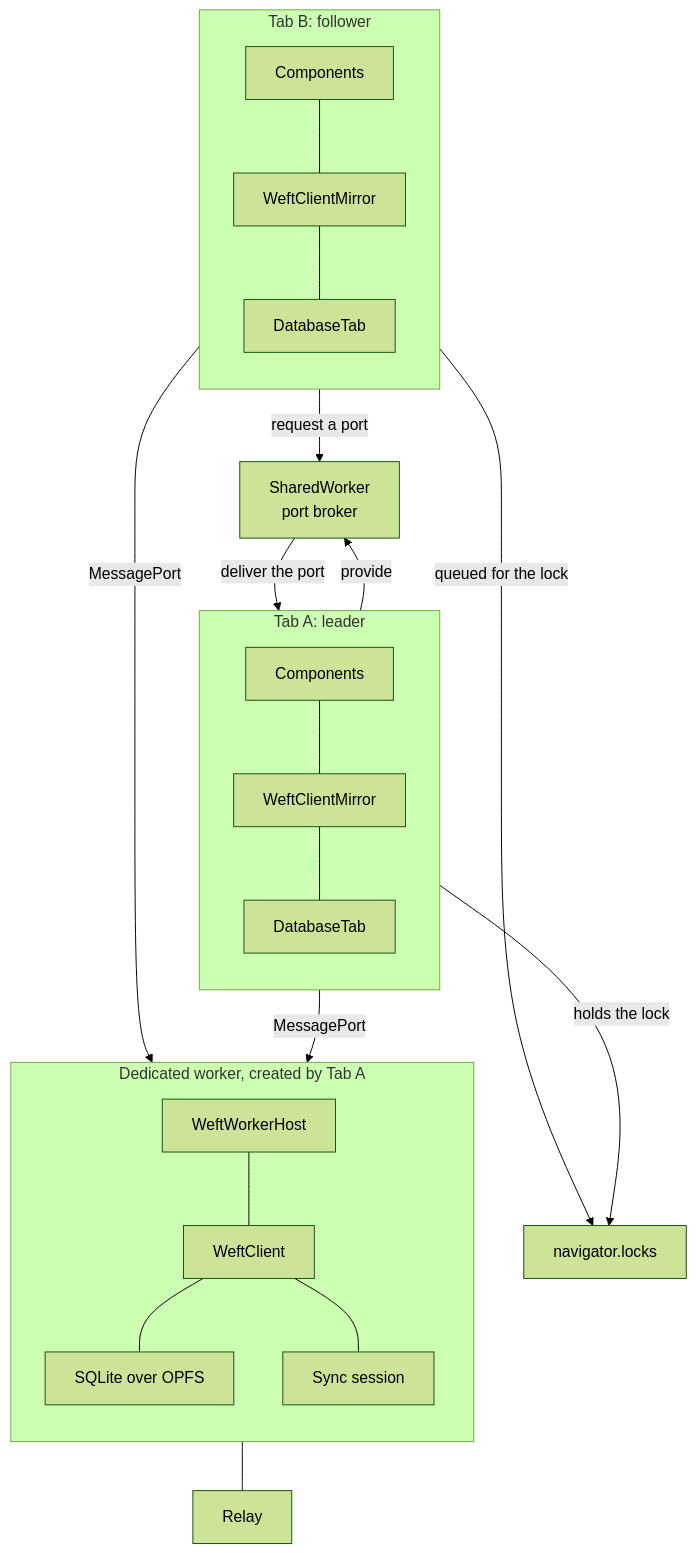
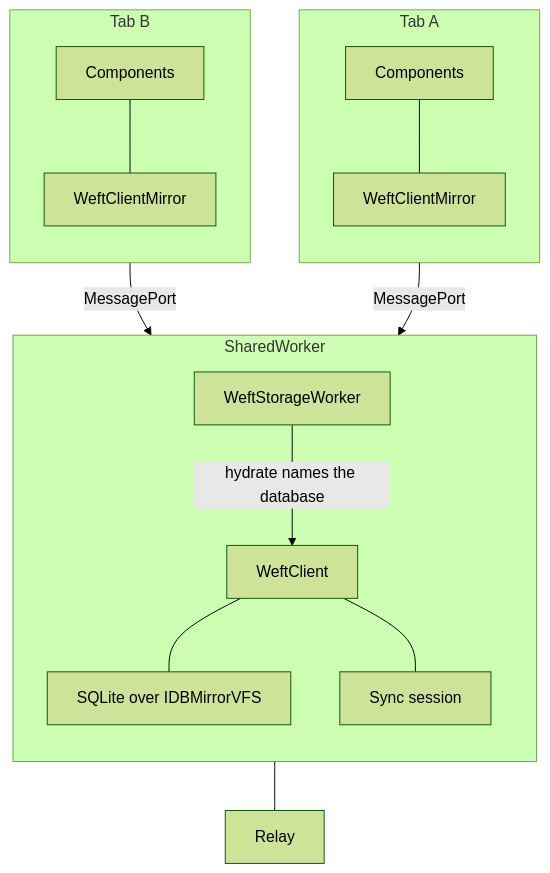
The diagram in docs/src/content/docs/concepts/multi-tab.md (msiemens/weftdb), drawn with Mermaid (forest theme) before and after one commit. The commit also changed other lines of this file and 159 other files, not shown here.

````diff
--- a/docs/src/content/docs/concepts/multi-tab.md
+++ b/docs/src/content/docs/concepts/multi-tab.md
@@ -58,47 +44,35 @@
 ```mermaid
 flowchart TB
-  subgraph tabA["Tab A: leader"]
+  subgraph tabA["Tab A"]
     direction TB
     reactA["Components"]
     mirrorA["WeftClientMirror"]
-    handleA["DatabaseTab"]
   end
 
-  subgraph tabB["Tab B: follower"]
+  subgraph tabB["Tab B"]
     direction TB
     reactB["Components"]
     mirrorB["WeftClientMirror"]
-    handleB["DatabaseTab"]
   end
 
-  subgraph dedicated["Dedicated worker, created by Tab A"]
+  subgraph shared["SharedWorker"]
     direction TB
-    host["WeftWorkerHost"]
+    entry["WeftStorageWorker"]
     client["WeftClient"]
     session["Sync session"]
-    sqlite["SQLite over OPFS"]
+    sqlite["SQLite over IDBMirrorVFS"]
   end
 
-  broker["SharedWorker<br/>port broker"]
-  locks["navigator.locks"]
   relay["Relay"]
 
   reactA --- mirrorA
-  mirrorA --- handleA
   reactB --- mirrorB
-  mirrorB --- handleB
 
-  handleA -- "provide" --> broker
-  handleB -- "request a port" --> broker
-  broker -- "deliver the port" --> handleA
-  handleA -- "holds the lock" --> locks
-  handleB -- "queued for the lock" --> locks
+  mirrorA -- "MessagePort" --> entry
+  mirrorB -- "MessagePort" --> entry
+  entry -- "hydrate names the database" --> client
 
-  mirrorA -- "MessagePort" --> host
-  mirrorB -- "MessagePort" --> host
-
-  host --- client
   client --- sqlite
   client --- session
   session --- relay
 ```
````
